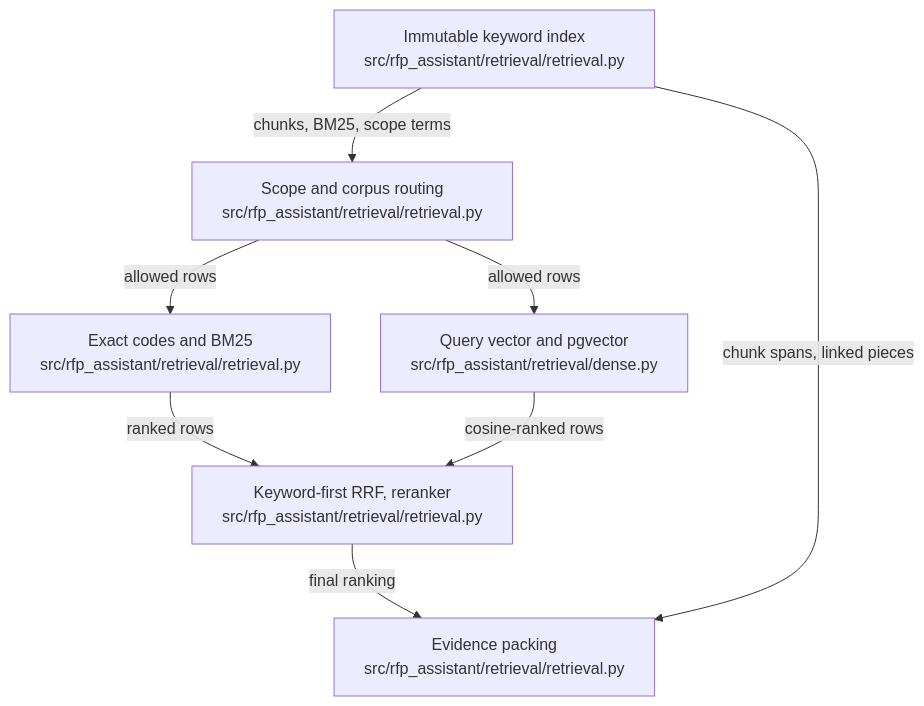
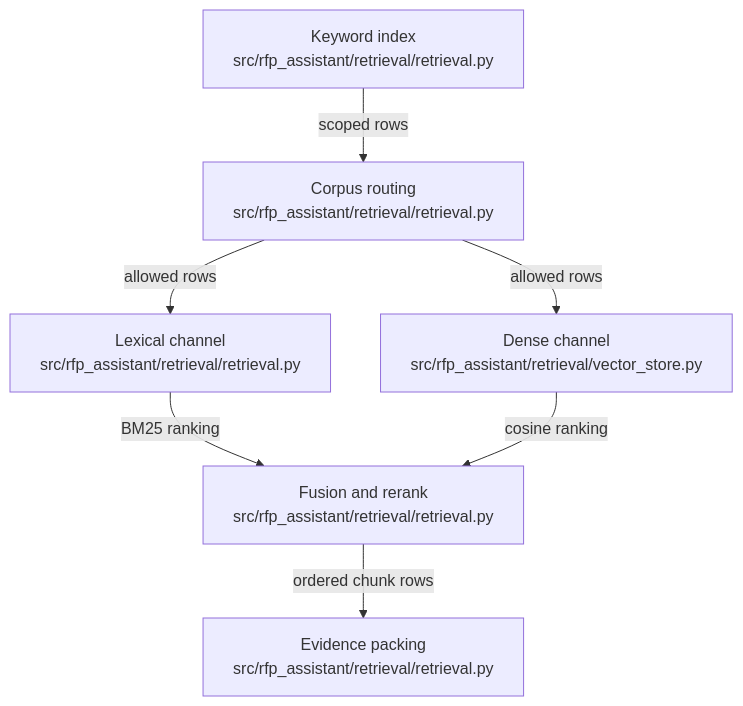
One commit to littleeeeebit/project-codeit-mid changed the diagram in .omm/overall-architecture/retrieval-engine/diagram.mmd. Above: the diagram before and after it, drawn with Mermaid. The commit also changed 405 other files, not shown here.

```diff
--- a/.omm/overall-architecture/retrieval-engine/diagram.mmd
+++ b/.omm/overall-architecture/retrieval-engine/diagram.mmd
@@ -1,8 +1,7 @@
 graph TD
-  keyword-index["Immutable keyword index\nsrc/rfp_assistant/retrieval/retrieval.py"] -->|chunks, BM25, scope terms| scope-routing["Scope and corpus routing\nsrc/rfp_assistant/retrieval/retrieval.py"]
-  scope-routing -->|allowed rows| lexical-channel["Exact codes and BM25\nsrc/rfp_assistant/retrieval/retrieval.py"]
-  scope-routing -->|allowed rows| dense-channel["Query vector and pgvector\nsrc/rfp_assistant/retrieval/dense.py"]
-  lexical-channel -->|ranked rows| fusion-rerank["Keyword-first RRF, reranker\nsrc/rfp_assistant/retrieval/retrieval.py"]
-  dense-channel -->|cosine-ranked rows| fusion-rerank
-  fusion-rerank -->|final ranking| evidence-packer["Evidence packing\nsrc/rfp_assistant/retrieval/retrieval.py"]
-  keyword-index -->|chunk spans, linked pieces| evidence-packer
+  keyword-index["Keyword index\nsrc/rfp_assistant/retrieval/retrieval.py"] -->|"scoped rows"| corpus-routing["Corpus routing\nsrc/rfp_assistant/retrieval/retrieval.py"]
+  corpus-routing -->|"allowed rows"| lexical-channel["Lexical channel\nsrc/rfp_assistant/retrieval/retrieval.py"]
+  corpus-routing -->|"allowed rows"| dense-channel["Dense channel\nsrc/rfp_assistant/retrieval/vector_store.py"]
+  lexical-channel -->|"BM25 ranking"| fusion-and-rerank["Fusion and rerank\nsrc/rfp_assistant/retrieval/retrieval.py"]
+  dense-channel -->|"cosine ranking"| fusion-and-rerank
+  fusion-and-rerank -->|"ordered chunk rows"| evidence-packing["Evidence packing\nsrc/rfp_assistant/retrieval/retrieval.py"]
```
